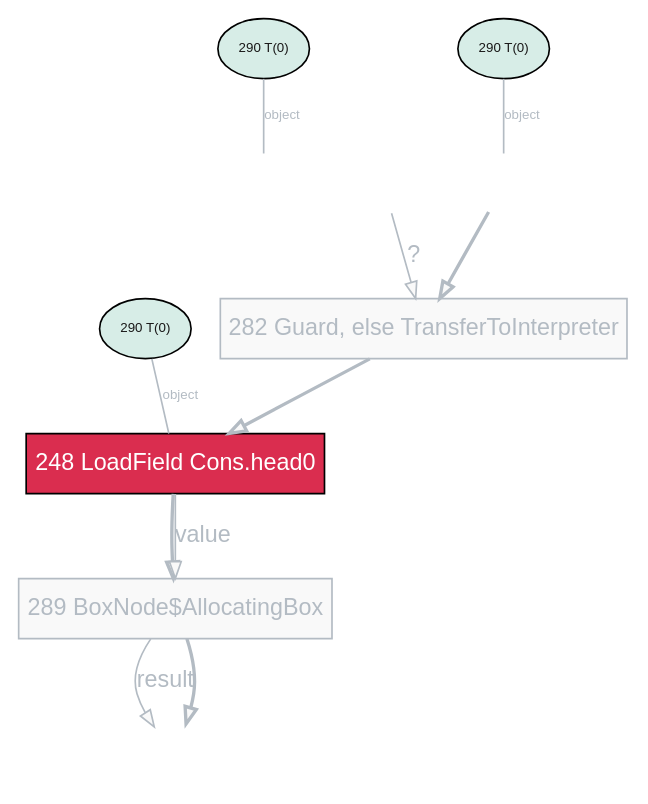
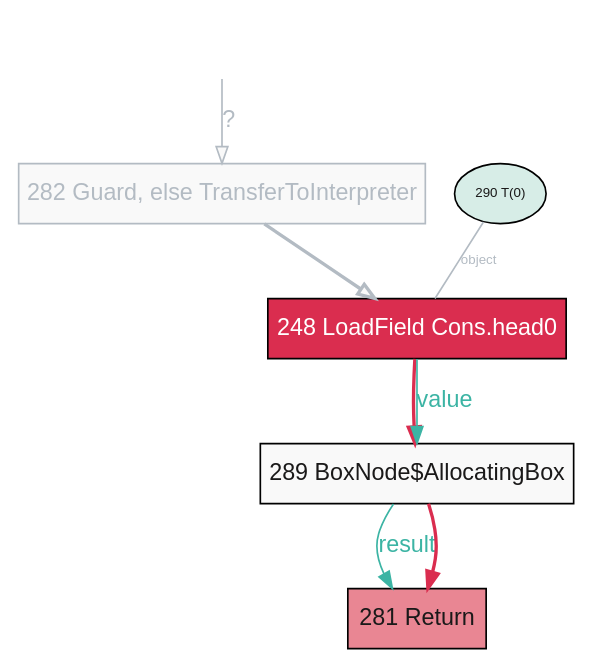
One commit to jmesyou/mmath-thesis changed the diagram in figures/dot/List.head.specialized.TruffleTier.dot. Above: the diagram before and after it, drawn with Graphviz. The commit also changed 14 other files, not shown here.

```diff
--- a/figures/dot/List.head.specialized.TruffleTier.dot
+++ b/figures/dot/List.head.specialized.TruffleTier.dot
@@ -1,23 +1,16 @@
 digraph G {
   graph [bgcolor="white"];
-  node45 [style="invis",label=""];
-  node188 [style="invis",label=""];
   node193 [style="invis",label=""];
   node248 [label="248 LoadField Cons.head0",shape="rectangle",fontname="Arial",style="filled",color="black",fillcolor="#da2d4f",fontcolor="#ffffff"];
-  node281 [style="invis",label=""];
+  node281 [label="281 Return",shape="rectangle",fontname="Arial",style="filled",color="black",fillcolor="#e98693",fontcolor="#1a1919"];
   node282 [label="282 Guard, else TransferToInterpreter",shape="rectangle",fontname="Arial",style="filled",color="#b3bbc3",fillcolor="#f9f9f9",fontcolor="#b3bbc3"];
-  node289 [label="289 BoxNode$AllocatingBox",shape="rectangle",fontname="Arial",style="filled",color="#b3bbc3",fillcolor="#f9f9f9",fontcolor="#b3bbc3"];
-  node188 -> node282 [fontname="arial",color="#b3bbc3",fontcolor="#b3bbc3",penwidth="2",fillcolor="#f9f9f9"];
-  node248 -> node289 [fontname="arial",color="#b3bbc3",fontcolor="#b3bbc3",penwidth="2",fillcolor="#f9f9f9"];
-  node289 -> node281 [label="result",fontname="arial",color="#b3bbc3",fontcolor="#b3bbc3",fillcolor="#f9f9f9"];
+  node289 [label="289 BoxNode$AllocatingBox",shape="rectangle",fontname="Arial",style="filled",color="black",fillcolor="#f9f9f9",fontcolor="#1a1919"];
+  node248 -> node289 [fontname="arial",color="#da2d4f",fontcolor="#da2d4f",penwidth="2"];
+  node289 -> node281 [label="result",fontname="arial",color="#3cb4a4",fontcolor="#3cb4a4"];
   node193 -> node282 [label="?",fontname="arial",color="#b3bbc3",fontcolor="#b3bbc3",fillcolor="#f9f9f9"];
   node282 -> node248 [fontname="arial",color="#b3bbc3",fontcolor="#b3bbc3",penwidth="2",fillcolor="#f9f9f9"];
-  node248 -> node289 [label="value",fontname="arial",color="#b3bbc3",fontcolor="#b3bbc3",fillcolor="#f9f9f9"];
-  node289 -> node281 [fontname="arial",color="#b3bbc3",fontcolor="#b3bbc3",penwidth="2",fillcolor="#f9f9f9"];
-  inline290x45 [label="290 T(0)",shape="oval",fontname="Arial",style="filled",color="black",fillcolor="#d7ede7",fontcolor="#1a1919",fontsize="8"];
-  inline290x45 -> node45 [label="object",fontname="arial",color="#b3bbc3",fontcolor="#b3bbc3",fillcolor="#f9f9f9",arrowhead="none",fontsize="8"];
-  inline290x188 [label="290 T(0)",shape="oval",fontname="Arial",style="filled",color="black",fillcolor="#d7ede7",fontcolor="#1a1919",fontsize="8"];
-  inline290x188 -> node188 [label="object",fontname="arial",color="#b3bbc3",fontcolor="#b3bbc3",fillcolor="#f9f9f9",arrowhead="none",fontsize="8"];
+  node248 -> node289 [label="value",fontname="arial",color="#3cb4a4",fontcolor="#3cb4a4"];
+  node289 -> node281 [fontname="arial",color="#da2d4f",fontcolor="#da2d4f",penwidth="2"];
   inline290x248 [label="290 T(0)",shape="oval",fontname="Arial",style="filled",color="black",fillcolor="#d7ede7",fontcolor="#1a1919",fontsize="8"];
   inline290x248 -> node248 [label="object",fontname="arial",color="#b3bbc3",fontcolor="#b3bbc3",fillcolor="#f9f9f9",arrowhead="none",fontsize="8"];
 }
```
